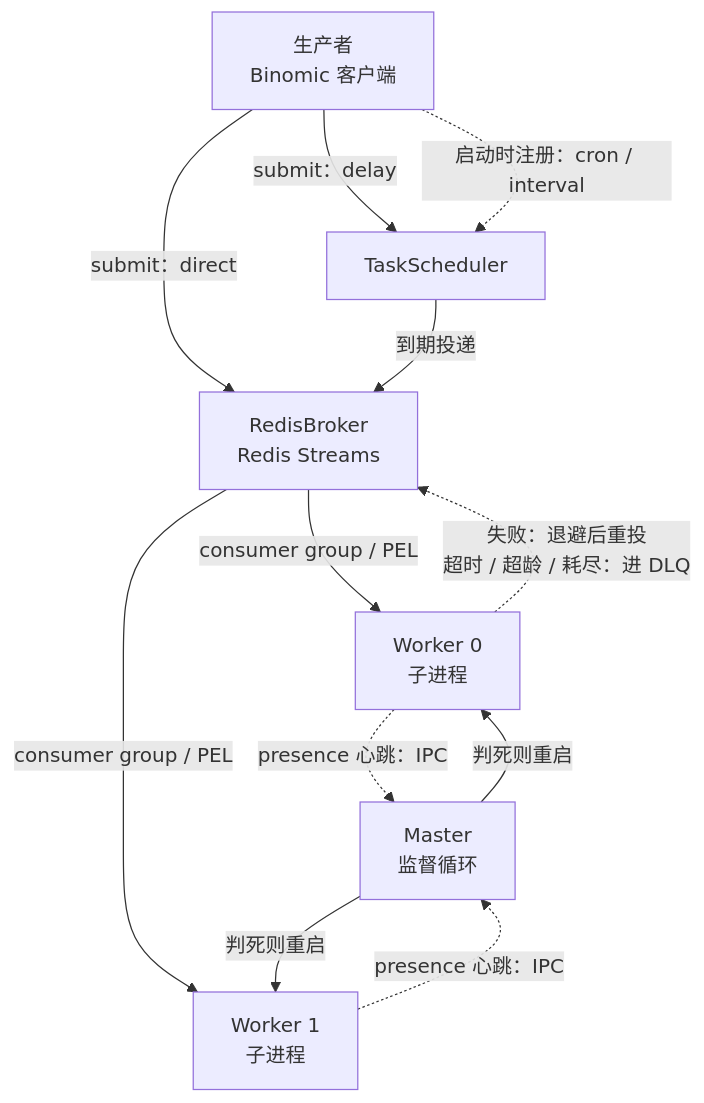
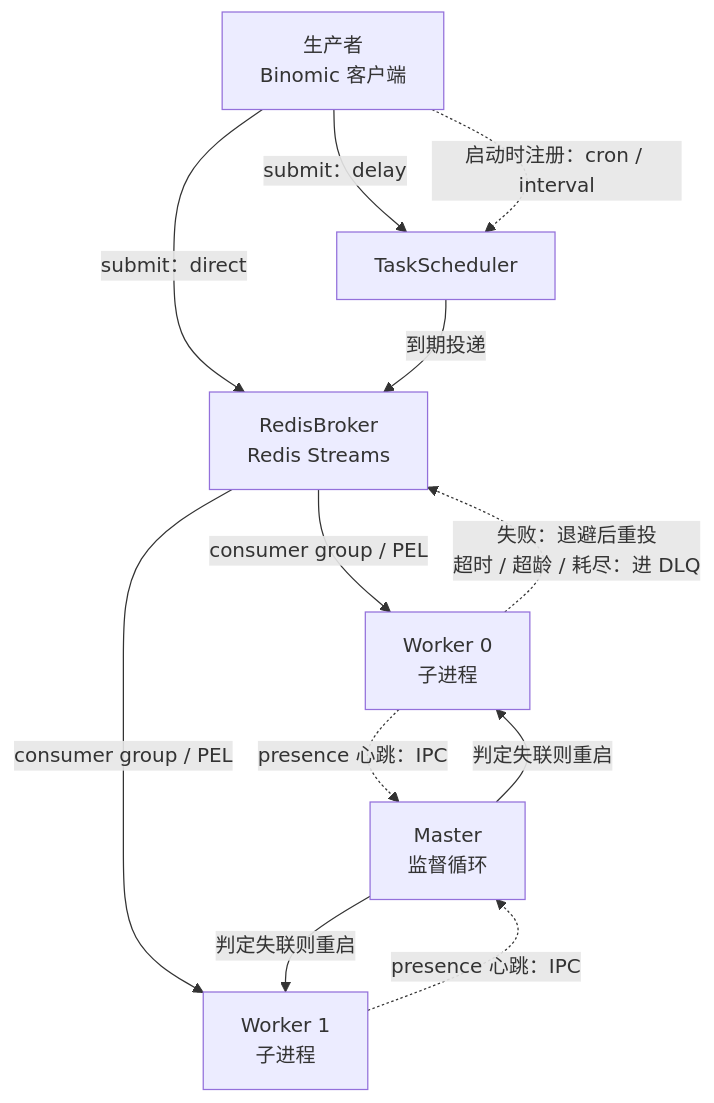
The diagram in README.md (Ahsen17/binomic), drawn with Mermaid before and after one commit. The commit also changed other lines of this file and 10 other files, not shown here.

````diff
--- a/README.md
+++ b/README.md
@@ -145,14 +145,14 @@
 ```mermaid
 flowchart TD
     P[生产者<br>Binomic 客户端] -->|submit：direct| B[RedisBroker<br>Redis Streams]
     P -->|submit：delay| S[TaskScheduler]
     P -.->|启动时注册：cron / interval| S
     S -->|到期投递| B
     B -->|consumer group / PEL| W1[Worker 0<br>子进程]
     B -->|consumer group / PEL| W2[Worker 1<br>子进程]
     W1 -.->|失败：退避后重投<br>超时 / 超龄 / 耗尽：进 DLQ| B
-    M[Master<br>监督循环] -->|判死则重启| W1
-    M -->|判死则重启| W2
+    M[Master<br>监督循环] -->|判定失联则重启| W1
+    M -->|判定失联则重启| W2
     W1 -.->|presence 心跳：IPC| M
     W2 -.->|presence 心跳：IPC| M
 ```
````
